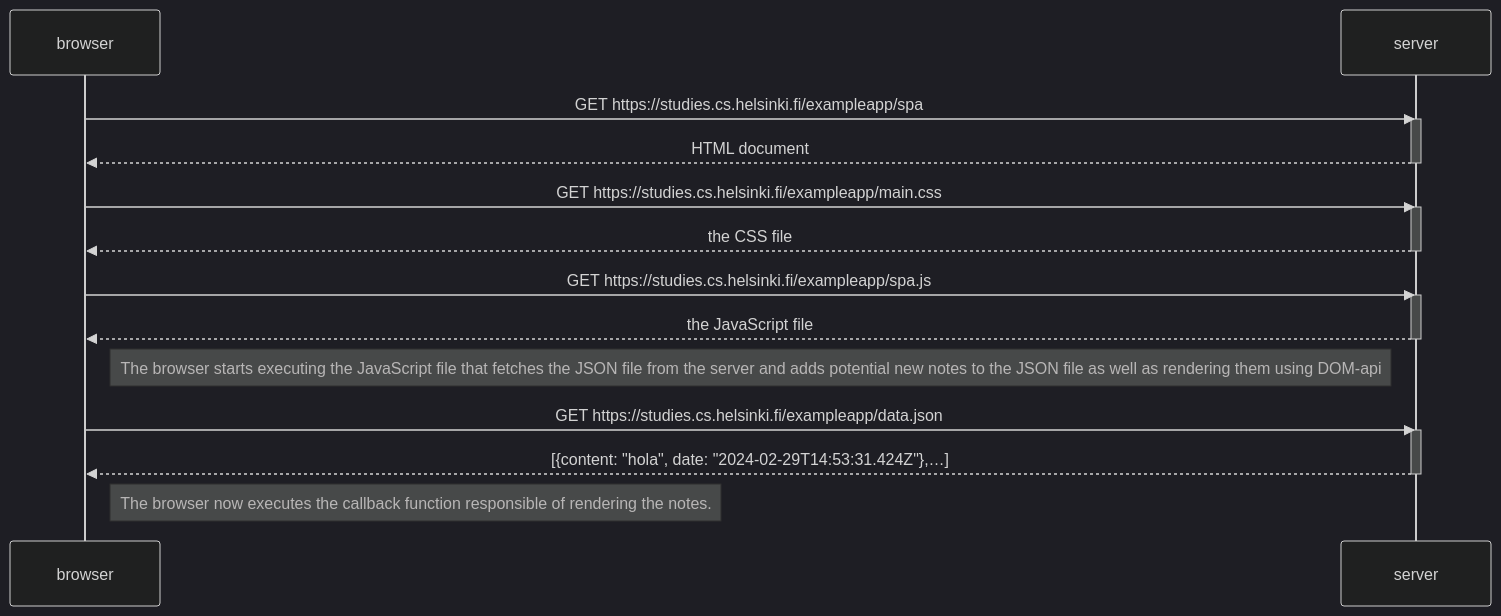
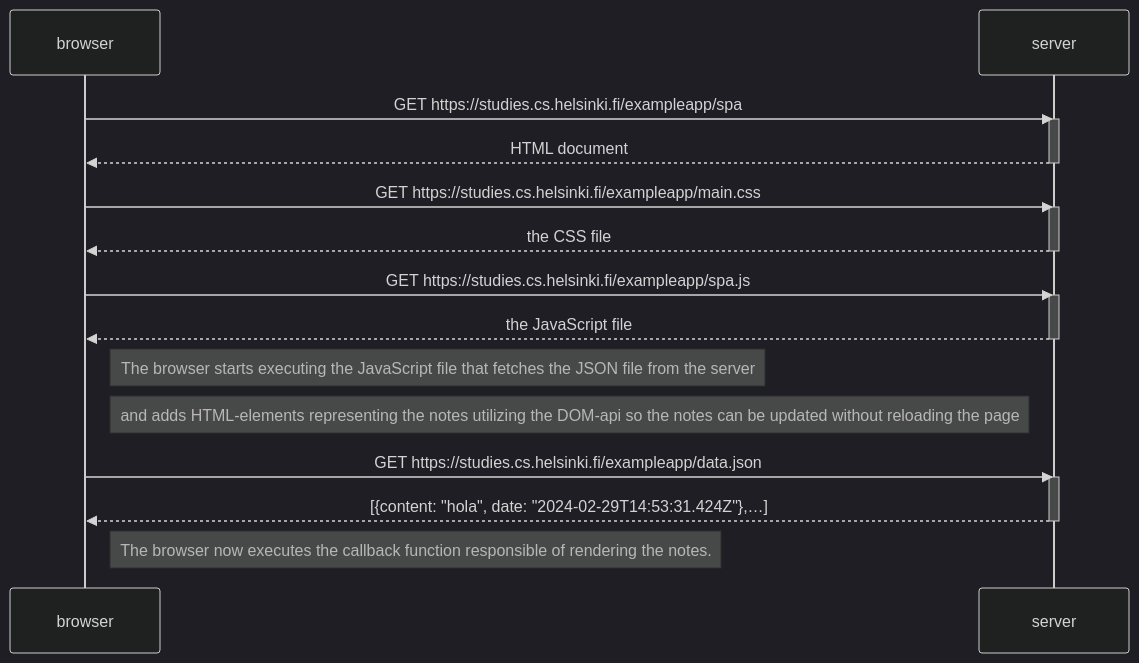
The diagram in osa0/5_tehtava.md (sampsaol/fullstackopen), drawn with Mermaid (dark theme) before and after one commit.

Commit message:
Final update 5_tehtava.md

````diff
--- a/osa0/5_tehtava.md
+++ b/osa0/5_tehtava.md
@@ -1,27 +1,28 @@
 ```mermaid
 sequenceDiagram
   participant browser
   participant server
 
   browser ->> server: GET https://studies.cs.helsinki.fi/exampleapp/spa
   activate server
   server -->> browser: HTML document
   deactivate server
 
   browser ->> server: GET https://studies.cs.helsinki.fi/exampleapp/main.css
   activate server
   server -->> browser: the CSS file
   deactivate server
 
   browser ->> server: GET https://studies.cs.helsinki.fi/exampleapp/spa.js
   activate server
   server -->> browser: the JavaScript file
   deactivate server
-  Note right of browser: The browser starts executing the JavaScript file that fetches the JSON file from the server and adds potential new notes to the JSON file as well as rendering them using DOM-api
+  Note right of browser: The browser starts executing the JavaScript file that fetches the JSON file from the server
+  Note right of browser: and adds HTML-elements representing the notes utilizing the DOM-api so the notes can be updated without reloading the page
 
   browser ->> server: GET https://studies.cs.helsinki.fi/exampleapp/data.json
   activate server
   server -->> browser: [{content: "hola", date: "2024-02-29T14:53:31.424Z"},…]
   deactivate server
   Note right of browser: The browser now executes the callback function responsible of rendering the notes.
 ```
````
